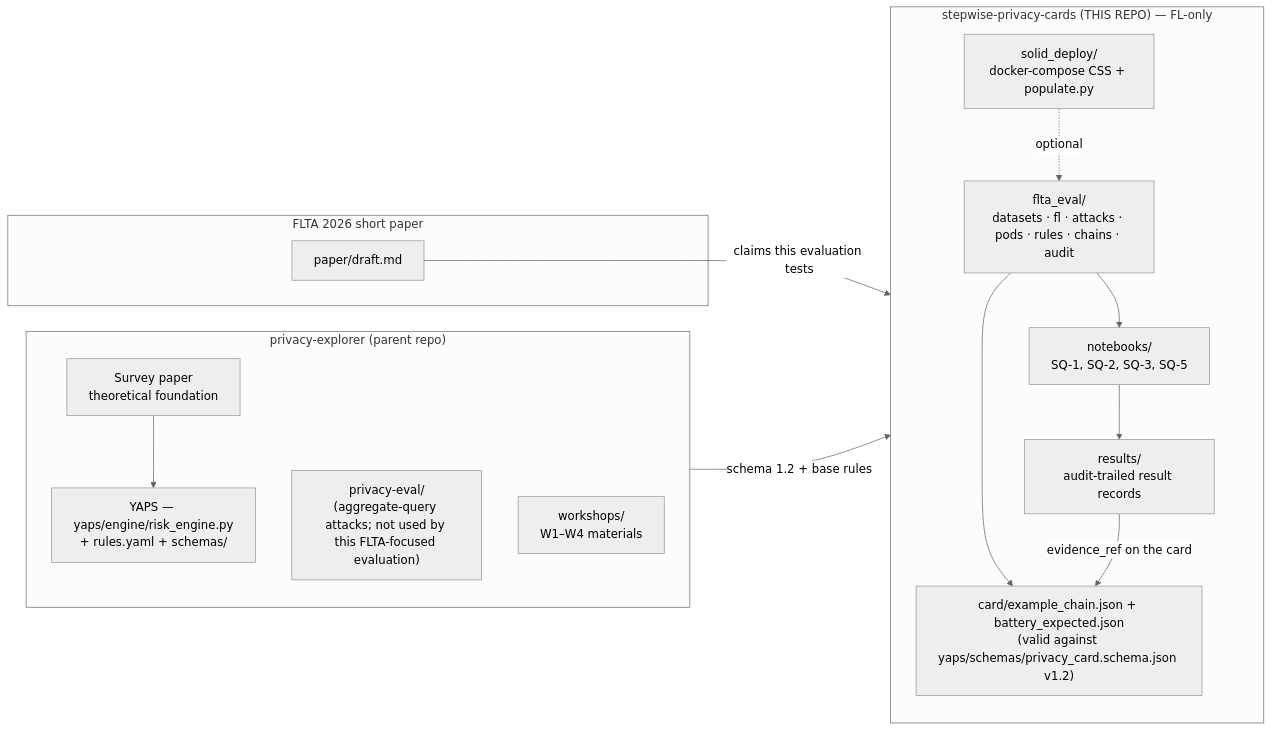
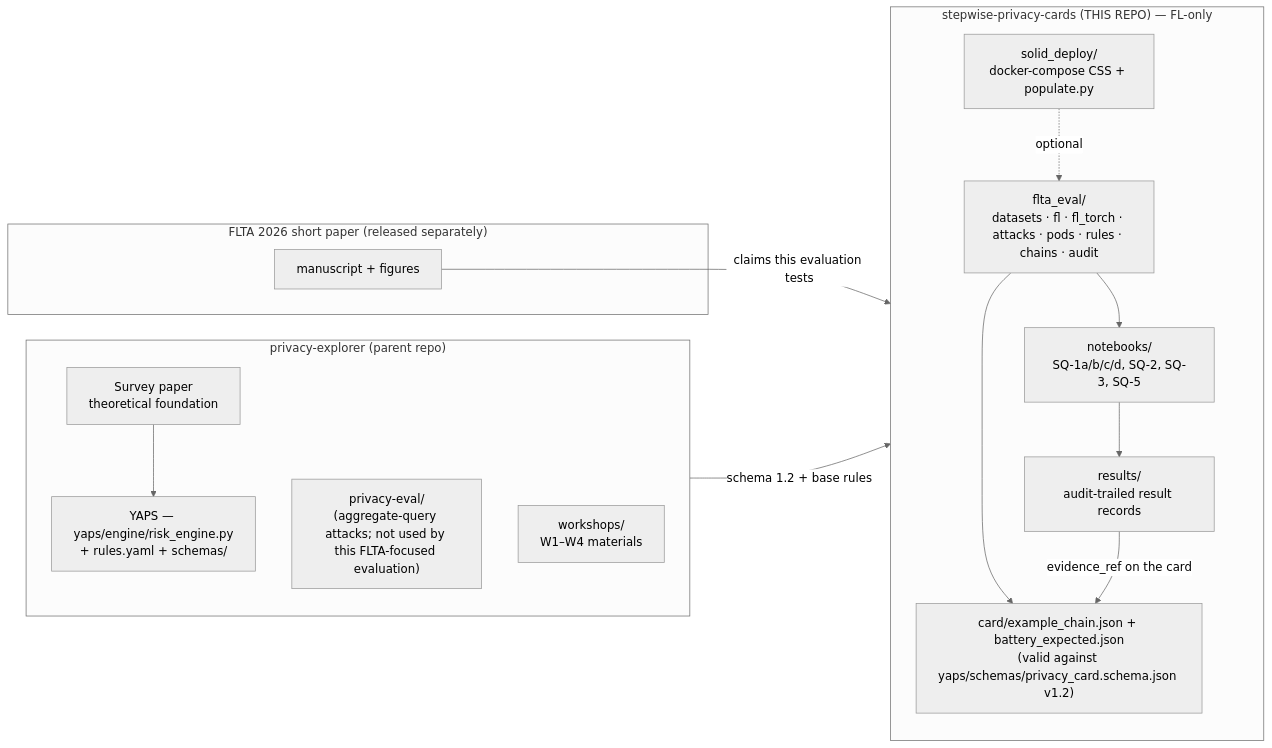
One commit to j0hn-s/stepwise-privacy-cards changed the first of 3 diagrams in docs/METHODOLOGY.md. Above: the diagram before and after it, drawn with Mermaid (neutral theme). The commit also changed 1 other file, not shown here.

Commit message:
update specification: minor changes

````diff
--- a/docs/METHODOLOGY.md
+++ b/docs/METHODOLOGY.md
@@ -17,32 +17,32 @@
 ```mermaid
 flowchart LR
     subgraph EXPLORER["privacy-explorer (parent repo)"]
         direction TB
         SURVEY["Survey paper<br/>theoretical foundation"]
         YAPS["YAPS — yaps/engine/risk_engine.py<br/>+ rules.yaml + schemas/"]
         EVAL["privacy-eval/<br/>(aggregate-query attacks; not used by this FLTA-focused evaluation)"]
         WORKSHOPS["workshops/<br/>W1–W4 materials"]
         SURVEY --> YAPS
     end
 
-    subgraph PAPER["FLTA 2026 short paper"]
-        DRAFT["paper/draft.md"]
+    subgraph PAPER["FLTA 2026 short paper (released separately)"]
+        DRAFT["manuscript + figures"]
     end
 
     subgraph THIS["stepwise-privacy-cards (THIS REPO) — FL-only"]
         direction TB
-        HARNESS["flta_eval/<br/>datasets · fl · attacks · pods · rules · chains · audit"]
+        HARNESS["flta_eval/<br/>datasets · fl · fl_torch · attacks · pods · rules · chains · audit"]
         CARD["card/example_chain.json + battery_expected.json<br/>(valid against yaps/schemas/privacy_card.schema.json v1.2)"]
-        NB["notebooks/<br/>SQ-1, SQ-2, SQ-3, SQ-5"]
+        NB["notebooks/<br/>SQ-1a/b/c/d, SQ-2, SQ-3, SQ-5"]
         RESULTS["results/<br/>audit-trailed result records"]
         SOLID["solid_deploy/<br/>docker-compose CSS + populate.py"]
         HARNESS --> CARD
         HARNESS --> NB
         NB --> RESULTS
         SOLID -. optional .-> HARNESS
     end
 
     YAPS --"schema 1.2 + base rules"--> CARD
     DRAFT --"claims this evaluation tests"--> NB
     RESULTS --"evidence_ref on the card"--> CARD
 ```
````
